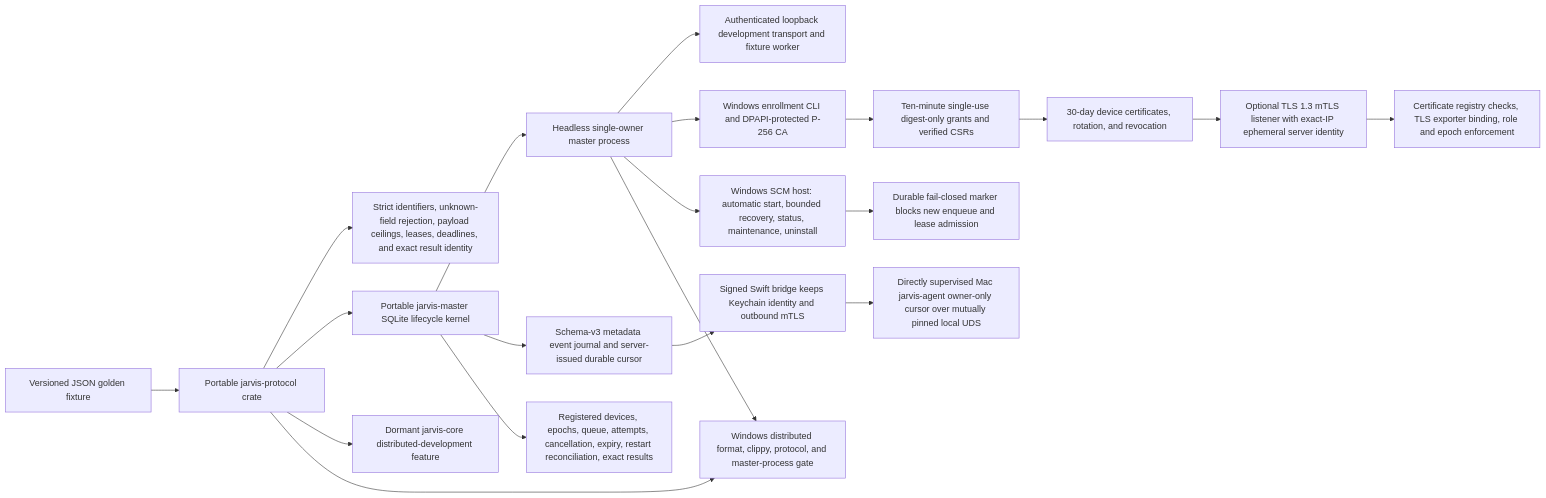
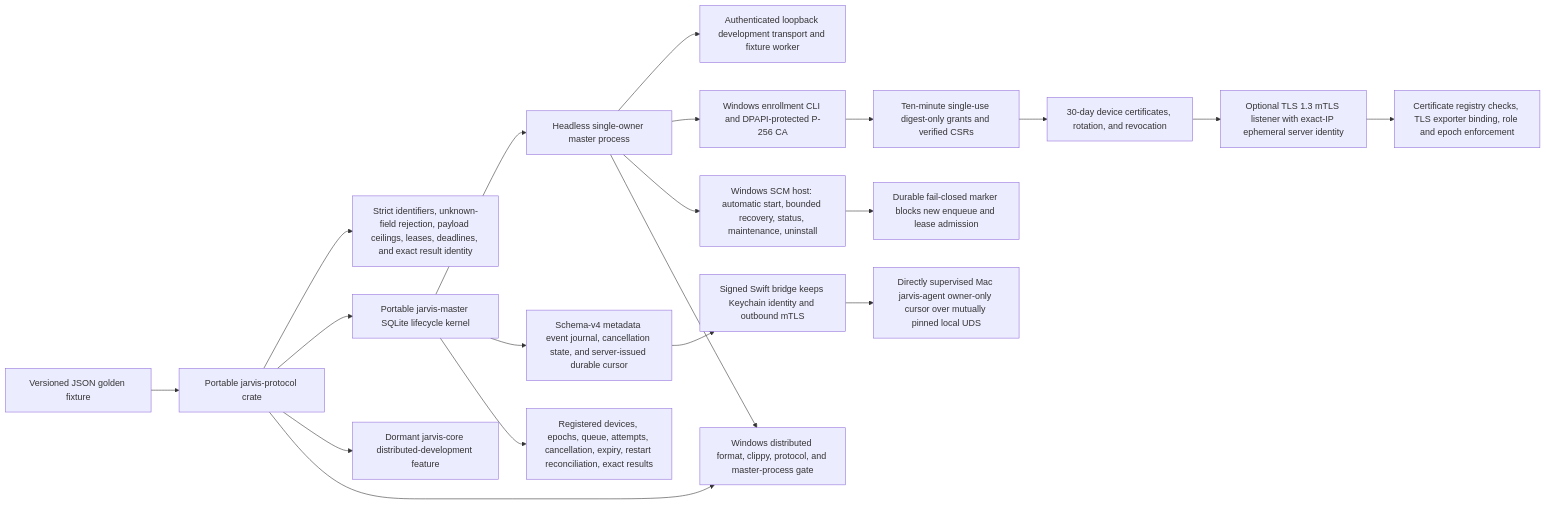
The first of 18 diagrams in docs/architecture-map.md (malak333/Assemblywright), drawn with Mermaid before and after one commit. The commit also changed other lines of this file and 27 other files, not shown here.

````diff
--- a/docs/architecture-map.md
+++ b/docs/architecture-map.md
@@ -7,22 +7,22 @@
 ```mermaid
 flowchart LR
   Fixture["Versioned JSON golden fixture"] --> Protocol["Portable jarvis-protocol crate"]
   Protocol --> Bounds["Strict identifiers, unknown-field rejection, payload ceilings, leases, deadlines, and exact result identity"]
   Protocol --> Master["Portable jarvis-master SQLite lifecycle kernel"]
   Master --> Process["Headless single-owner master process"]
   Process --> Local["Authenticated loopback development transport and fixture worker"]
   Process --> Identity["Windows enrollment CLI and DPAPI-protected P-256 CA"]
   Identity --> Grants["Ten-minute single-use digest-only grants and verified CSRs"]
   Grants --> Certificates["30-day device certificates, rotation, and revocation"]
   Certificates --> Remote["Optional TLS 1.3 mTLS listener with exact-IP ephemeral server identity"]
   Remote --> Binding["Certificate registry checks, TLS exporter binding, role and epoch enforcement"]
-  Master --> Events["Schema-v3 metadata event journal and server-issued durable cursor"]
+  Master --> Events["Schema-v4 metadata event journal, cancellation state, and server-issued durable cursor"]
   Events --> Helper["Signed Swift bridge keeps Keychain identity and outbound mTLS"]
   Helper --> Agent["Directly supervised Mac jarvis-agent owner-only cursor over mutually pinned local UDS"]
   Process --> Service["Windows SCM host: automatic start, bounded recovery, status, maintenance, uninstall"]
   Service --> Maintenance["Durable fail-closed marker blocks new enqueue and lease admission"]
   Master --> Durable["Registered devices, epochs, queue, attempts, cancellation, expiry, restart reconciliation, exact results"]
   Protocol --> Feature["Dormant jarvis-core distributed-development feature"]
   Protocol --> Windows["Windows distributed format, clippy, protocol, and master-process gate"]
   Process --> Windows
 ```
````
